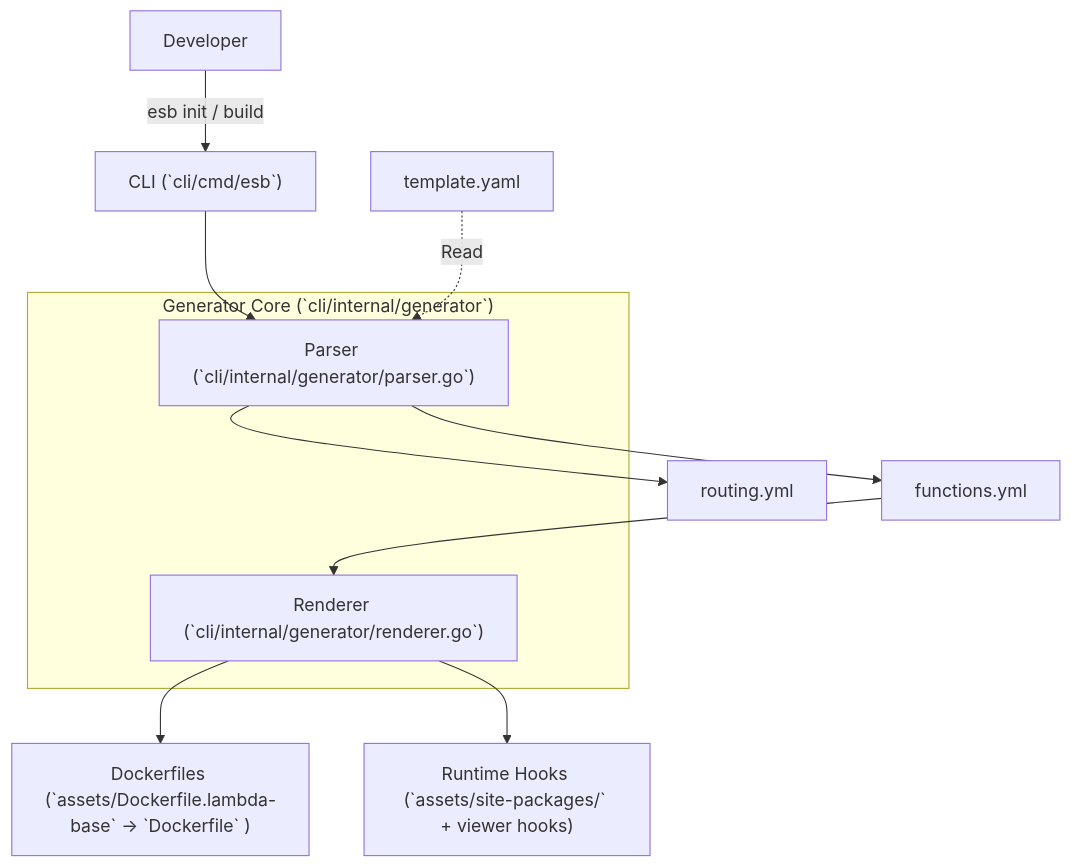
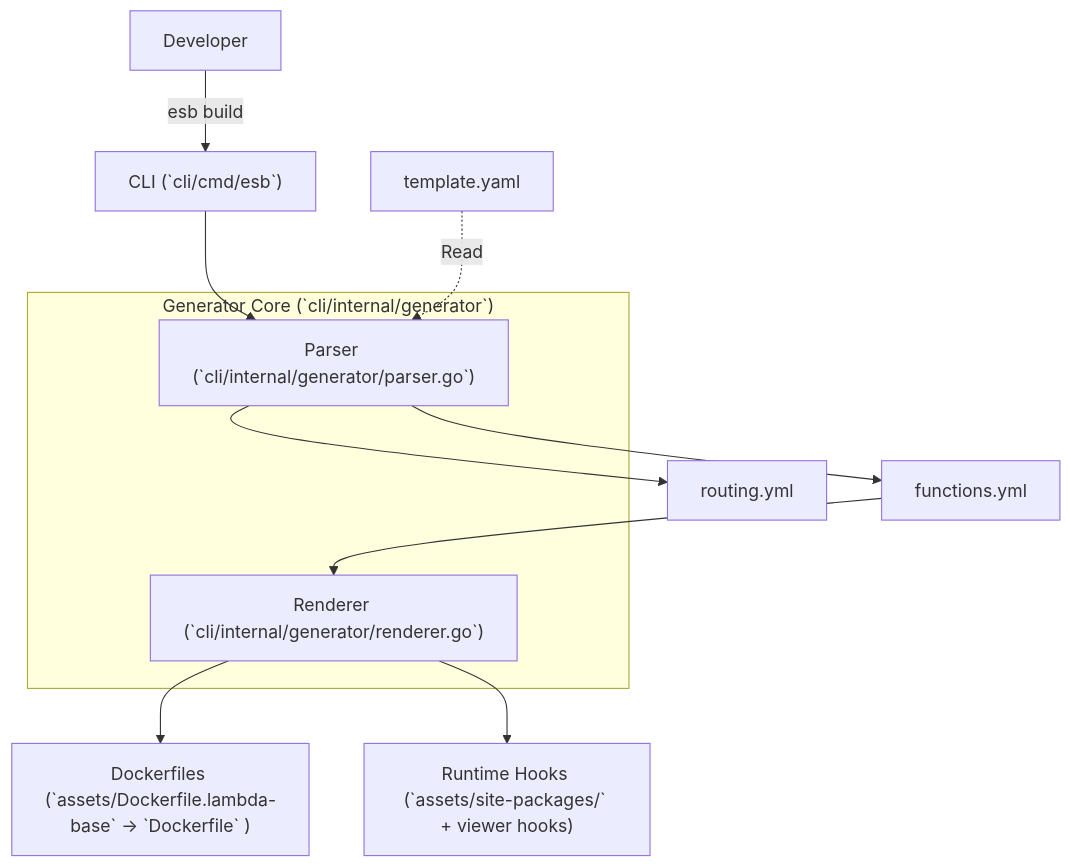
Before and after one commit to poruru-code/esb: the diagram in docs/generator-architecture.md, drawn with Mermaid. The commit also changed other lines of this file and 3 other files, not shown here.

````diff
--- a/docs/generator-architecture.md
+++ b/docs/generator-architecture.md
@@ -10,21 +10,21 @@
 ```mermaid
 flowchart TD
-    User["Developer"] -->|"esb init / build"| CLI["CLI (`cli/cmd/esb`)"]
+    User["Developer"] -->|"esb build"| CLI["CLI (`cli/cmd/esb`)"]
     
     CLI --> Parser["Parser (`cli/internal/generator/parser.go`)"]
     
     subgraph GeneratorCore ["Generator Core (`cli/internal/generator`)"]
         Parser
         Renderer["Renderer (`cli/internal/generator/renderer.go`)"]
     end
     
     SAM["template.yaml"] -.->|Read| Parser
     
     Parser --> Routing["routing.yml"]
     Parser --> Functions["functions.yml"]
     
     Functions --> Renderer
     
     Renderer --> Dockerfiles["Dockerfiles (`assets/Dockerfile.lambda-base` → `Dockerfile` )"]
     Renderer --> RuntimeHooks["Runtime Hooks (`assets/site-packages/` + viewer hooks)"]
 ```
````
